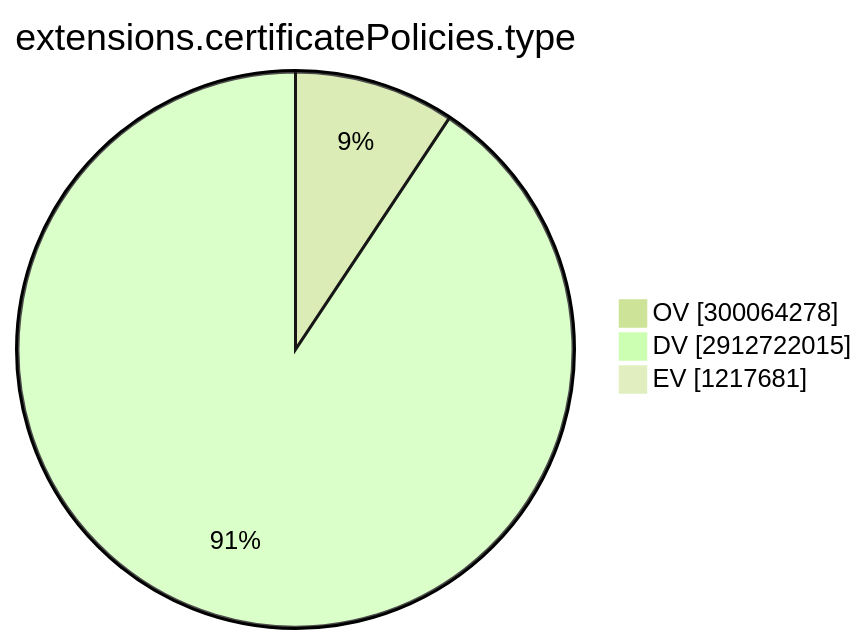
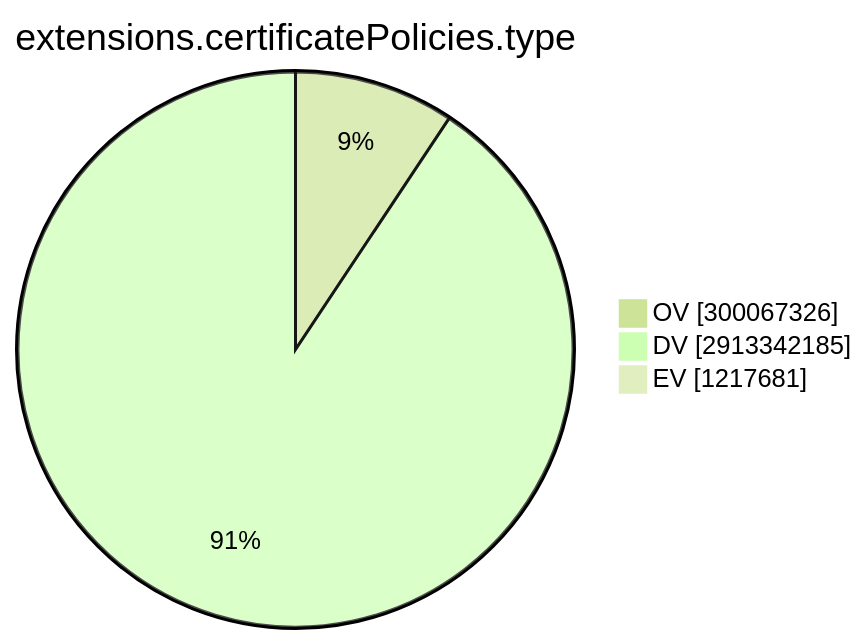
One commit to christiankrug/ctmonitor_visualization changed the ninth of 15 diagrams in TOTAL/README.md. Above: the diagram before and after it, drawn with Mermaid (forest theme). The commit also changed other lines of this file, not shown here.

````diff
--- a/TOTAL/README.md
+++ b/TOTAL/README.md
@@ -3101,7 +3101,7 @@
 ```mermaid
 pie showData
 title extensions.certificatePolicies.type
-"OV" :300064278
-"DV" :2912722015
+"OV" :300067326
+"DV" :2913342185
 "EV" :1217681
 ```
````
